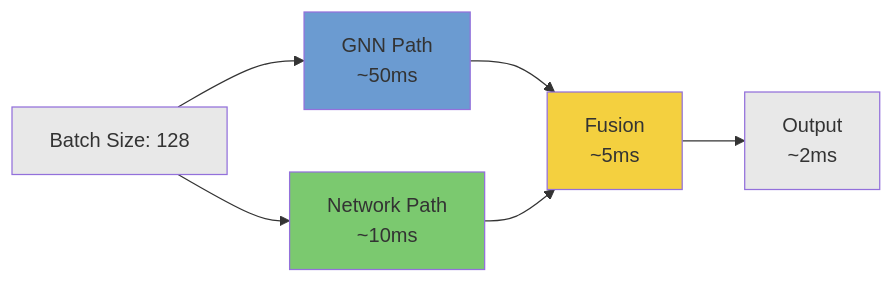
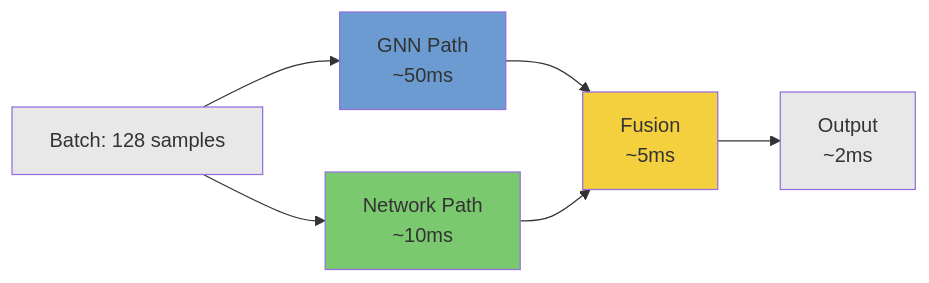
One commit to Federated-ICS/Predection changed the ninth of 13 diagrams in docs/GNN_MODEL_ARCHITECTURE.md. Above: the diagram before and after it, drawn with Mermaid. The commit also changed other lines of this file and 4 other files, not shown here.

````diff
--- a/docs/GNN_MODEL_ARCHITECTURE.md
+++ b/docs/GNN_MODEL_ARCHITECTURE.md
@@ -394,14 +497,14 @@
 ```mermaid
 graph LR
-    A[Batch Size: 128] --> B[GNN Path<br/>~50ms]
+    A[Batch: 128 samples] --> B[GNN Path<br/>~50ms]
     A --> C[Network Path<br/>~10ms]
     B --> D[Fusion<br/>~5ms]
     C --> D
     D --> E[Output<br/>~2ms]
     
     style A fill:#E8E8E8
     style B fill:#6B9BD1
     style C fill:#7BC96F
     style D fill:#F4D03F
     style E fill:#E8E8E8
 ```
````
